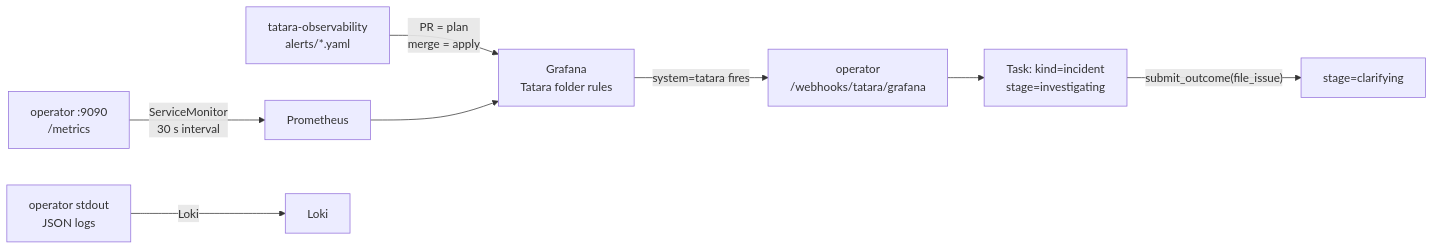
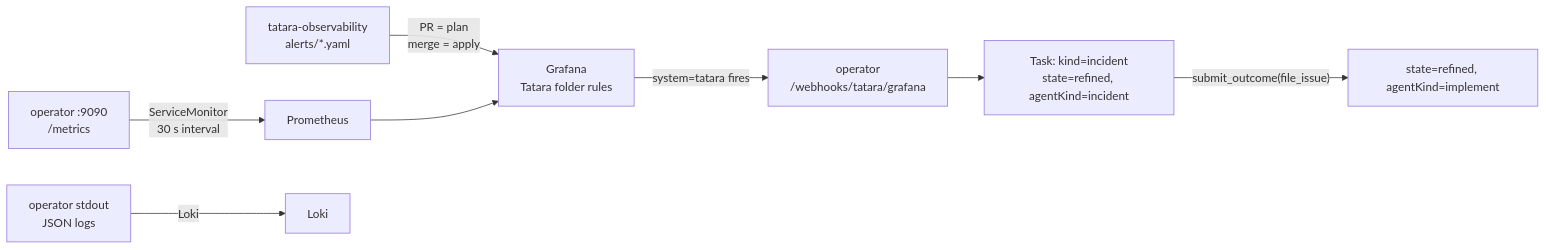
The diagram in docs/operations/observability.md (szymonrychu/tatara-documentation), drawn with Mermaid before and after one commit. The commit also changed other lines of this file and 42 other files, not shown here.

````diff
--- a/docs/operations/observability.md
+++ b/docs/operations/observability.md
@@ -36,10 +36,10 @@
 ```mermaid
 graph LR
     A["operator :9090\n/metrics"] -->|"ServiceMonitor\n30 s interval"| P[Prometheus]
     OA["tatara-observability\nalerts/*.yaml"] -->|"PR = plan\nmerge = apply"| GA["Grafana\nTatara folder rules"]
     P --> GA
     GA -->|"system=tatara fires"| WH["operator\n/webhooks/tatara/grafana"]
-    WH --> IT["Task: kind=incident\nstage=investigating"]
-    IT -->|"submit_outcome(file_issue)"| CL["stage=clarifying"]
+    WH --> IT["Task: kind=incident\nstate=refined, agentKind=incident"]
+    IT -->|"submit_outcome(file_issue)"| CL["state=refined, agentKind=implement"]
     O2["operator stdout\nJSON logs"] -->|"Loki"| L[Loki]
 ```
````
